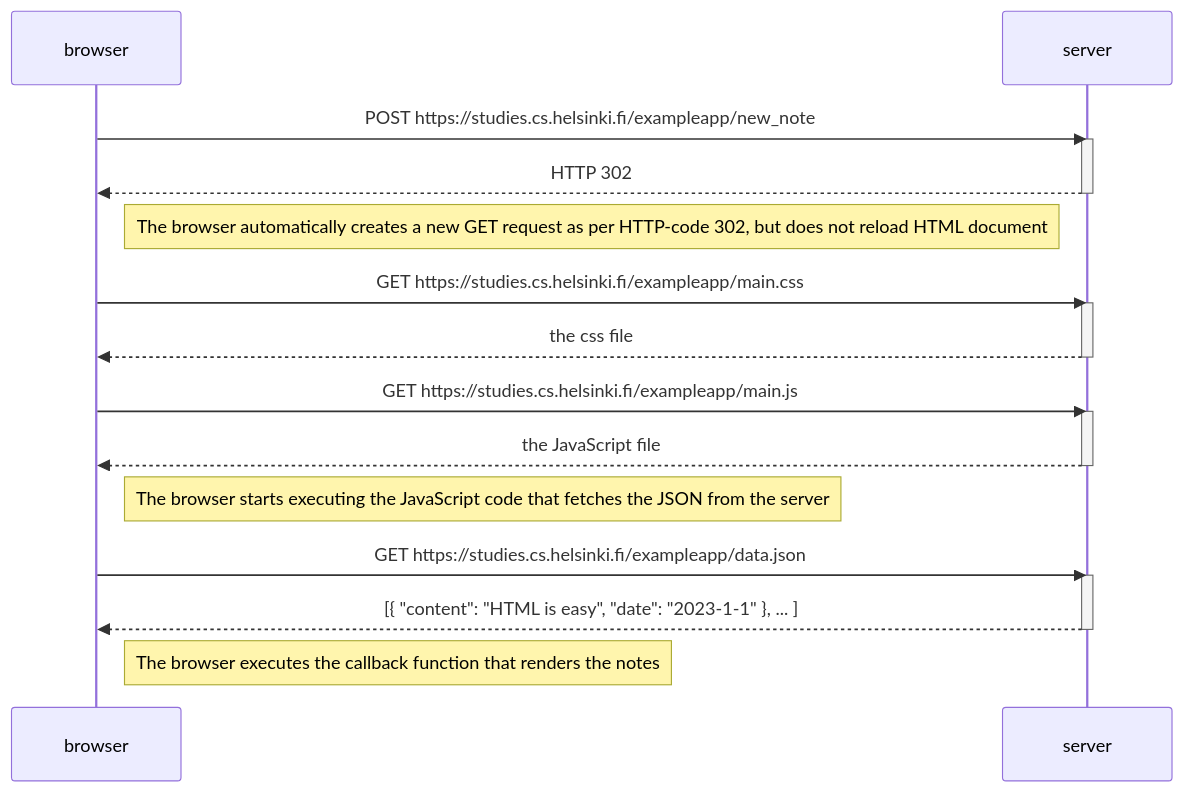
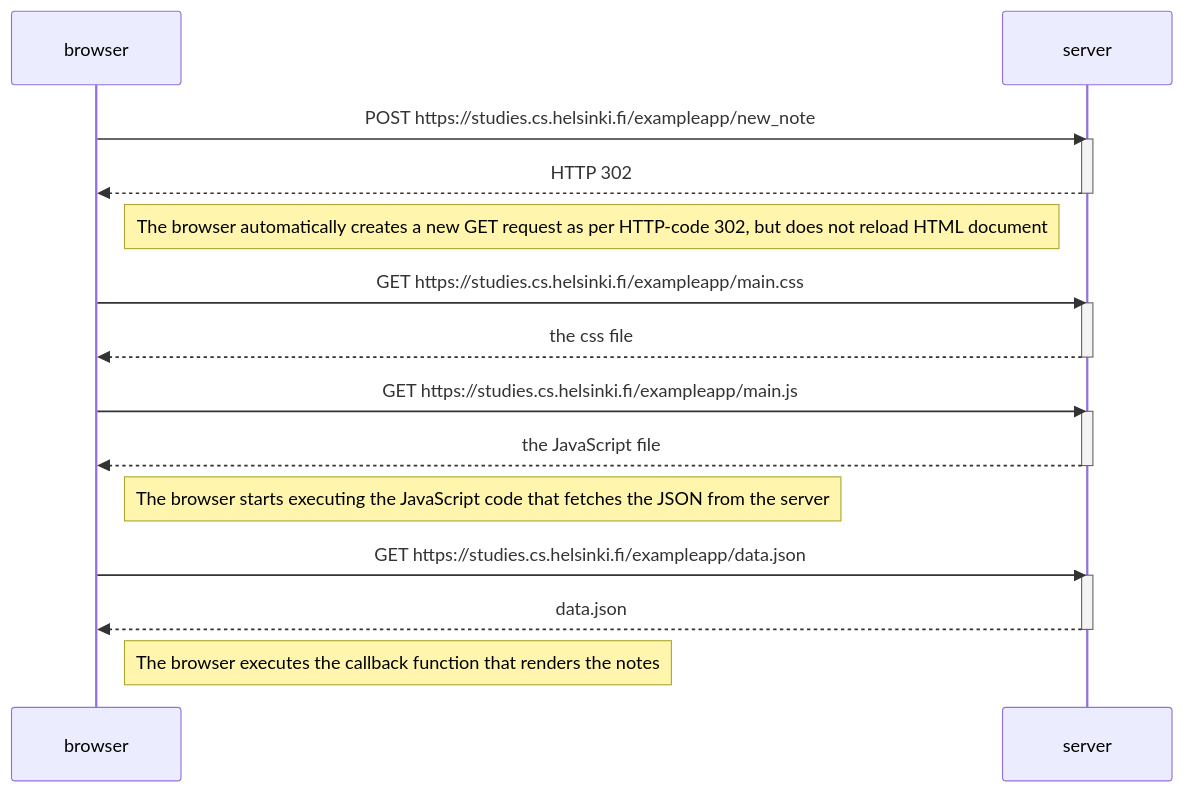
The diagram in Osa0/0.4.md (noreasonpng/FullStack_PalautusRepo), drawn with Mermaid before and after one commit.

````diff
--- a/Osa0/0.4.md
+++ b/Osa0/0.4.md
@@ -2,32 +2,32 @@
 ```mermaid
 sequenceDiagram
     participant browser
     participant server
     
     browser->>server: POST https://studies.cs.helsinki.fi/exampleapp/new_note
     activate server
     server-->>browser: HTTP 302
     deactivate server
 
     Note right of browser: The browser automatically creates a new GET request as per HTTP-code 302, but does not reload HTML document
     
     browser->>server: GET https://studies.cs.helsinki.fi/exampleapp/main.css
     activate server
     server-->>browser: the css file
     deactivate server
     
     browser->>server: GET https://studies.cs.helsinki.fi/exampleapp/main.js
     activate server
     server-->>browser: the JavaScript file
     deactivate server
     
     Note right of browser: The browser starts executing the JavaScript code that fetches the JSON from the server
     
     browser->>server: GET https://studies.cs.helsinki.fi/exampleapp/data.json
     activate server
-    server-->>browser: [{ "content": "HTML is easy", "date": "2023-1-1" }, ... ]
+    server-->>browser: data.json
     deactivate server    
 
     Note right of browser: The browser executes the callback function that renders the notes 
     
 ```
````
